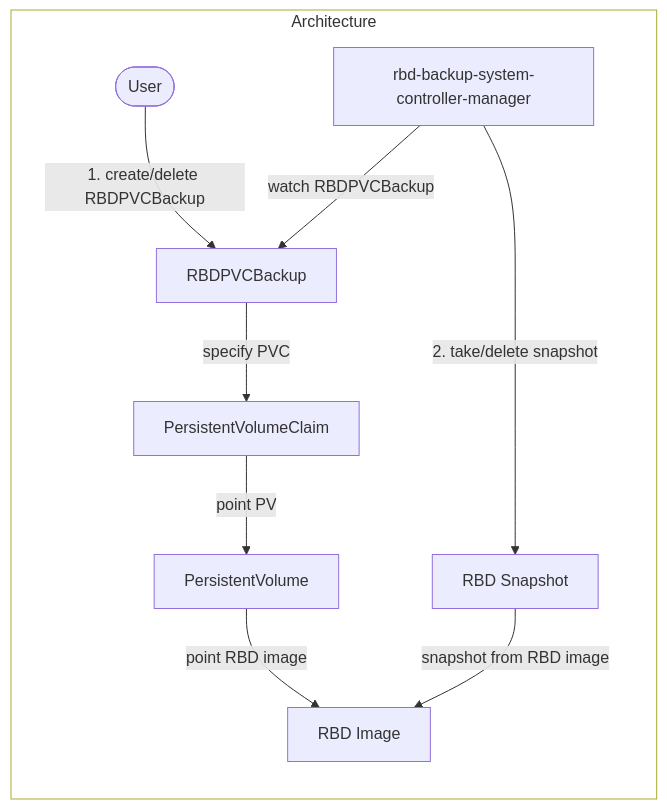
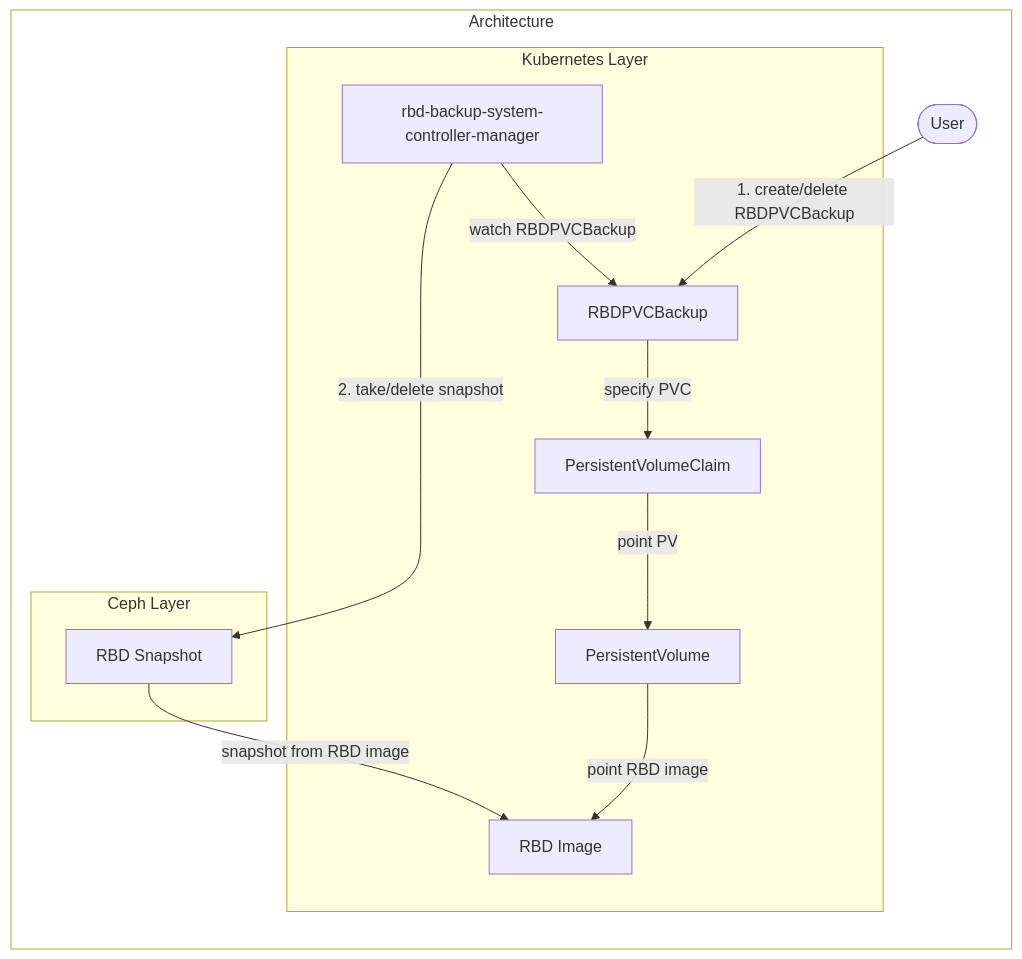
Before and after one commit to cybozu-go/mantle: the diagram in docs/design.md, drawn with Mermaid.

````diff
--- a/docs/design.md
+++ b/docs/design.md
@@ -19,27 +19,32 @@
 ```mermaid
 %%{init:{'theme': 'default'}}%%
 
 flowchart LR
 
     style Architecture fill:#FFFFFF
     subgraph Architecture
 
       USER([User])
       RBSCM[rbd-backup-system-controller-manager]
       RPB[RBDPVCBackup]
       PVC[PersistentVolumeClaim]
       PV[PersistentVolume]
       RI[RBD Image]
       RS[RBD Snapshot]
 
-      RBSCM -- watch RBDPVCBackup --> RPB
-      RPB -- specify PVC --> PVC
-      PVC -- point PV --> PV
-      PV -- point RBD image --> RI
-      RS -- snapshot from RBD image --> RI
+      subgraph Kubernetes Layer
+        RBSCM -- watch RBDPVCBackup --> RPB
+        RPB -- specify PVC --> PVC
+        PVC -- point PV --> PV
+        PV -- point RBD image --> RI
+      end
+
+      subgraph Ceph Layer
+        RS -- snapshot from RBD image --> RI
+      end
 
       USER -- 1. create/delete RBDPVCBackup --> RPB
       RBSCM -- 2. take/delete snapshot --> RS
 
     end
 ```
````
